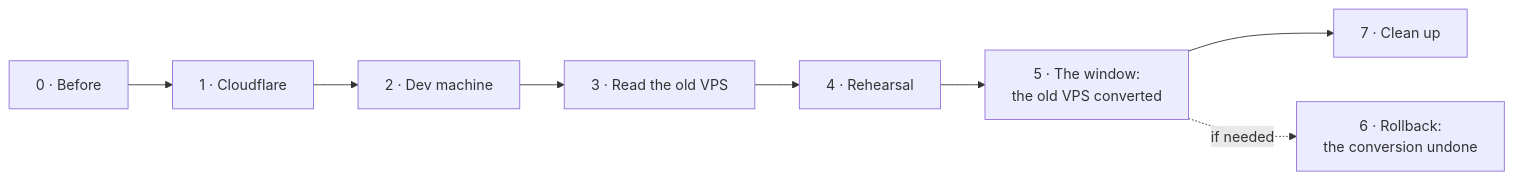
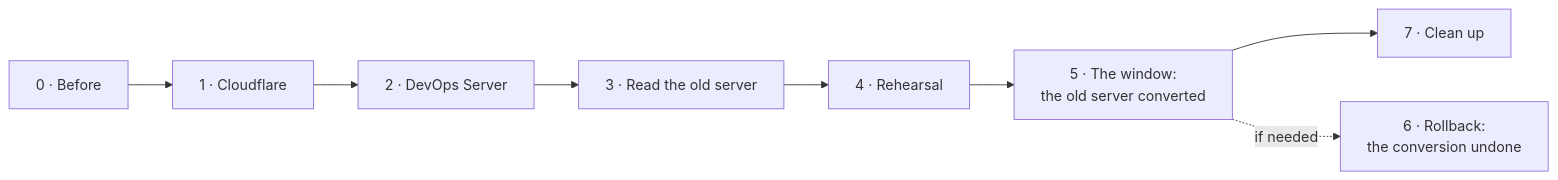
The diagram in docs/cutover.md (artur-rios/yggdrasil), drawn with Mermaid before and after one commit. The commit also changed other lines of this file and 18 other files, not shown here.

````diff
--- a/docs/cutover.md
+++ b/docs/cutover.md
@@ -20,6 +26,6 @@
 ```mermaid
 flowchart LR
-    S0[0 · Before] --> S1[1 · Cloudflare] --> S2[2 · Dev machine] --> S3[3 · Read the old VPS] --> S4[4 · Rehearsal]
-    S4 --> S5[5 · The window:<br/>the old VPS converted] --> S7[7 · Clean up]
+    S0[0 · Before] --> S1[1 · Cloudflare] --> S2[2 · DevOps Server] --> S3[3 · Read the old server] --> S4[4 · Rehearsal]
+    S4 --> S5[5 · The window:<br/>the old server converted] --> S7[7 · Clean up]
     S5 -. if needed .-> S6[6 · Rollback:<br/>the conversion undone]
 ```
````
